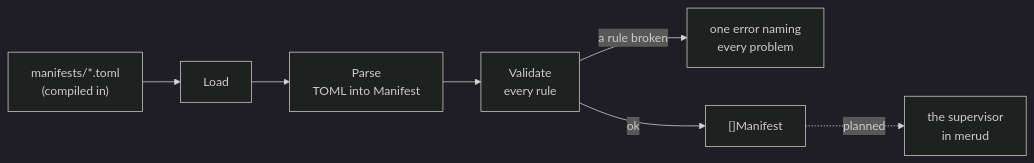
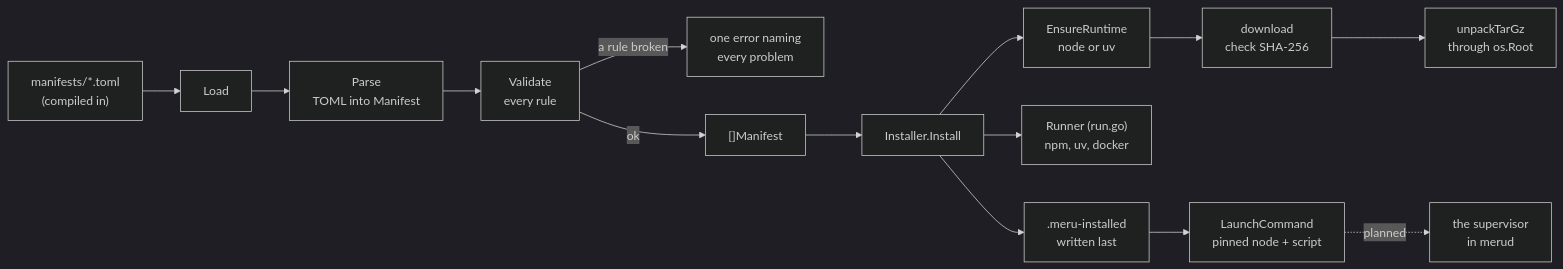
The diagram in docs/coding-notes/connectors.md (aarora79/meru), drawn with Mermaid (dark theme) before and after one commit. The commit also changed other lines of this file and 30 other files, not shown here.

First line of the commit message:
Connectors, step 2: pinned runtimes and installs into ~/.meru/runtime

````diff
--- a/docs/coding-notes/connectors.md
+++ b/docs/coding-notes/connectors.md
@@ -23,9 +27,16 @@
 ```mermaid
 flowchart LR
     files["manifests/*.toml<br/>(compiled in)"] --> load["Load"]
     load --> parse["Parse<br/>TOML into Manifest"]
     parse --> validate["Validate<br/>every rule"]
     validate -- "a rule broken" --> err["one error naming<br/>every problem"]
     validate -- ok --> list["[]Manifest"]
-    list -. "planned" .-> sup["the supervisor<br/>in merud"]
+    list --> install["Installer.Install"]
+    install --> ensure["EnsureRuntime<br/>node or uv"]
+    ensure --> dl["download<br/>check SHA-256"]
+    dl --> unpack["unpackTarGz<br/>through os.Root"]
+    install --> run["Runner (run.go)<br/>npm, uv, docker"]
+    install --> marker[".meru-installed<br/>written last"]
+    marker --> launch["LaunchCommand<br/>pinned node + script"]
+    launch -. "planned" .-> sup["the supervisor<br/>in merud"]
 ```
````
